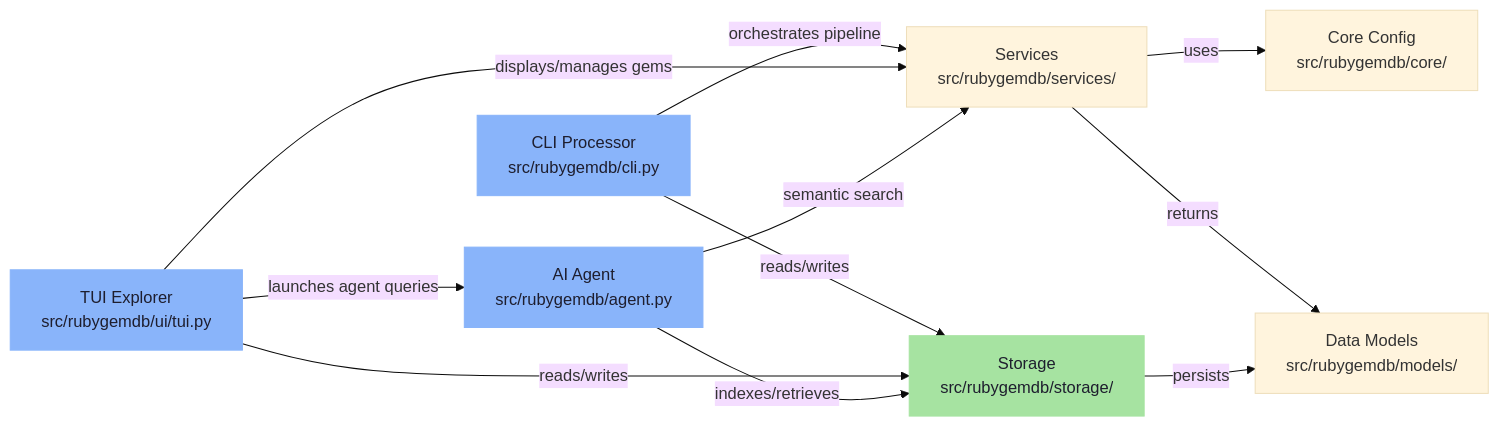
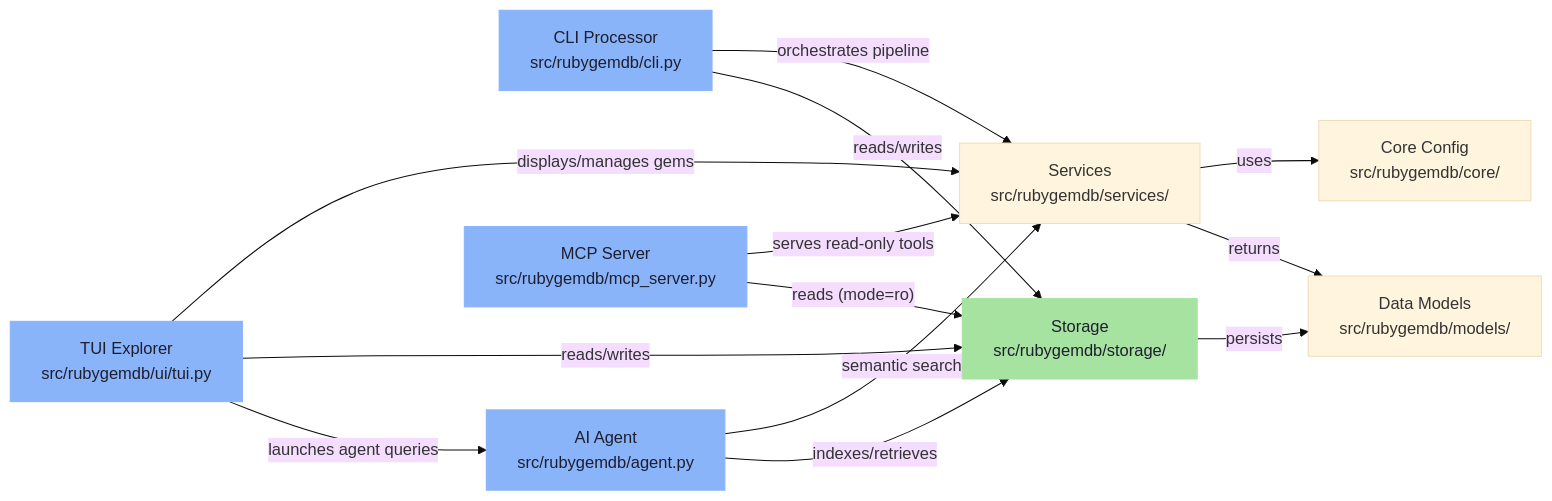
Before and after one commit to b08x/rubygemdb: the first of 3 diagrams in README.md, drawn with Mermaid (base theme). The commit also changed other lines of this file and 5 other files, not shown here.

First line of the commit message:
📝 docs: cover MCP server flags, daemon artifacts, and read-only storage contract

````diff
--- a/README.md
+++ b/README.md
@@ -30,26 +31,30 @@
 ```mermaid
 graph LR
     cli["CLI Processor\nsrc/rubygemdb/cli.py"]
     tui["TUI Explorer\nsrc/rubygemdb/ui/tui.py"]
     agent["AI Agent\nsrc/rubygemdb/agent.py"]
+    mcp["MCP Server\nsrc/rubygemdb/mcp_server.py"]
     core["Core Config\nsrc/rubygemdb/core/"]
     models["Data Models\nsrc/rubygemdb/models/"]
     services["Services\nsrc/rubygemdb/services/"]
     storage["Storage\nsrc/rubygemdb/storage/"]
 
     cli -->|"orchestrates pipeline"| services
     cli -->|"reads/writes"| storage
     tui -->|"displays/manages gems"| services
     tui -->|"reads/writes"| storage
     tui -->|"launches agent queries"| agent
     agent -->|"semantic search"| services
     agent -->|"indexes/retrieves"| storage
+    mcp -->|"serves read-only tools"| services
+    mcp -->|"reads (mode=ro)"| storage
     services -->|"uses"| core
     services -->|"returns"| models
     storage -->|"persists"| models
 
     style cli fill:#89b4fa,stroke:#89b4fa,color:#1e1e2e
     style tui fill:#89b4fa,stroke:#89b4fa,color:#1e1e2e
     style agent fill:#89b4fa,stroke:#89b4fa,color:#1e1e2e
+    style mcp fill:#89b4fa,stroke:#89b4fa,color:#1e1e2e
     style storage fill:#a6e3a1,stroke:#a6e3a1,color:#1e1e2e
 ```
````
